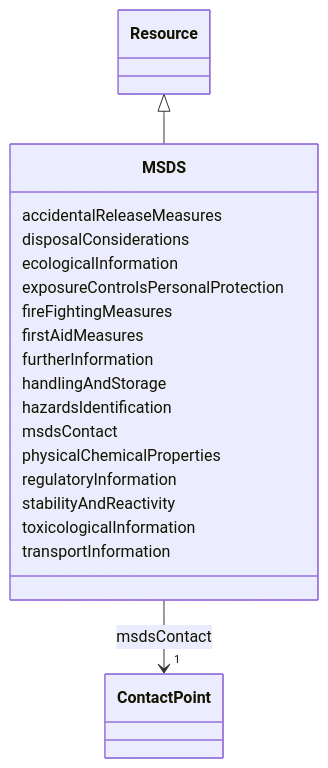
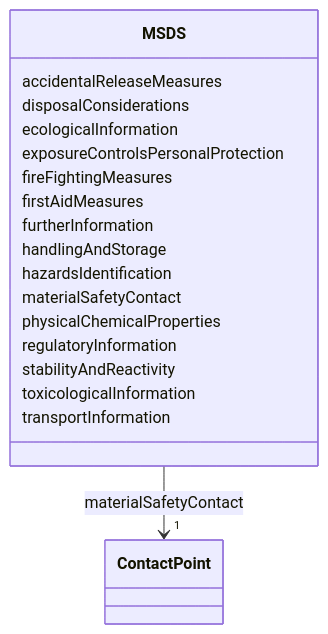
Before and after one commit to EVORA-project/evora-ontology: the diagram in models/docs/MSDS.md, drawn with Mermaid. The commit also changed other lines of this file and 650 other files, not shown here.

````diff
--- a/models/docs/MSDS.md
+++ b/models/docs/MSDS.md
@@ -19,46 +14,43 @@
 ```mermaid
  classDiagram
     class MSDS
     click MSDS href "../MSDS"
-      Resource <|-- MSDS
-        click Resource href "../Resource"
-      
       MSDS : accidentalReleaseMeasures
         
       MSDS : disposalConsiderations
         
       MSDS : ecologicalInformation
         
       MSDS : exposureControlsPersonalProtection
         
       MSDS : fireFightingMeasures
         
       MSDS : firstAidMeasures
         
       MSDS : furtherInformation
         
       MSDS : handlingAndStorage
         
       MSDS : hazardsIdentification
         
-      MSDS : msdsContact
+      MSDS : materialSafetyContact
         
           
     
     
-    MSDS --> "1" ContactPoint : msdsContact
+    MSDS --> "1" ContactPoint : materialSafetyContact
     click ContactPoint href "../ContactPoint"
 
         
       MSDS : physicalChemicalProperties
         
       MSDS : regulatoryInformation
         
       MSDS : stabilityAndReactivity
         
       MSDS : toxicologicalInformation
         
       MSDS : transportInformation
         
       
 ```
````
